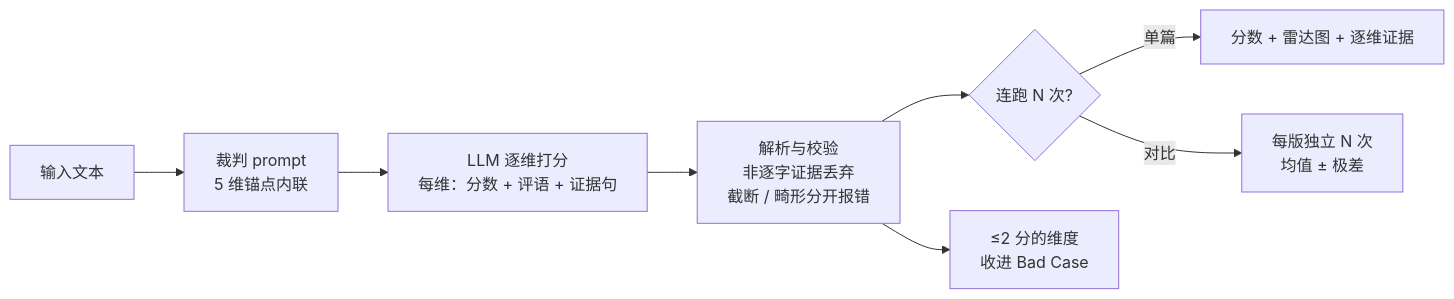
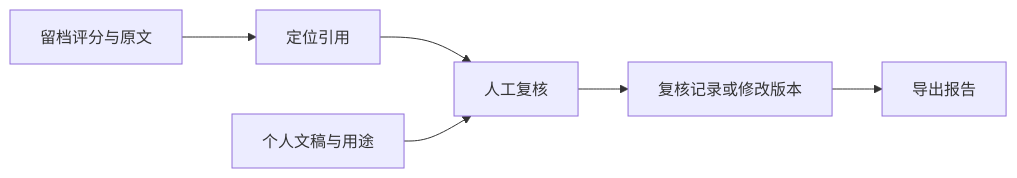
The diagram in README.md (AndyZhang666666/llm-output-eval), drawn with Mermaid before and after one commit. The commit also changed other lines of this file and 3 other files, not shown here.

````diff
--- a/README.md
+++ b/README.md
@@ -183,10 +29,8 @@
 ```mermaid
 flowchart LR
-    A[输入文本] --> B[裁判 prompt<br/>5 维锚点内联]
-    B --> C[LLM 逐维打分<br/>每维：分数 + 评语 + 证据句]
-    C --> D[解析与校验<br/>非逐字证据丢弃<br/>截断 / 畸形分开报错]
-    D --> E{连跑 N 次?}
-    E -- 单篇 --> F[分数 + 雷达图 + 逐维证据]
-    E -- 对比 --> G[每版独立 N 次<br/>均值 ± 极差]
-    D --> H[≤2 分的维度<br/>收进 Bad Case]
+    A[留档评分与原文] --> B[定位引用]
+    B --> C[人工复核]
+    D[个人文稿与用途] --> C
+    C --> E[复核记录或修改版本]
+    E --> F[导出报告]
 ```
````
